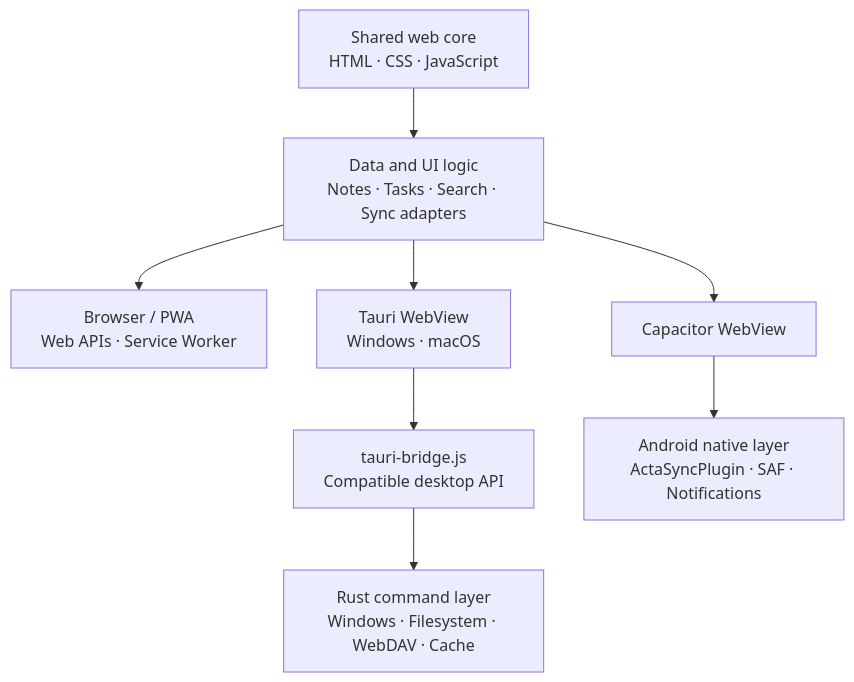
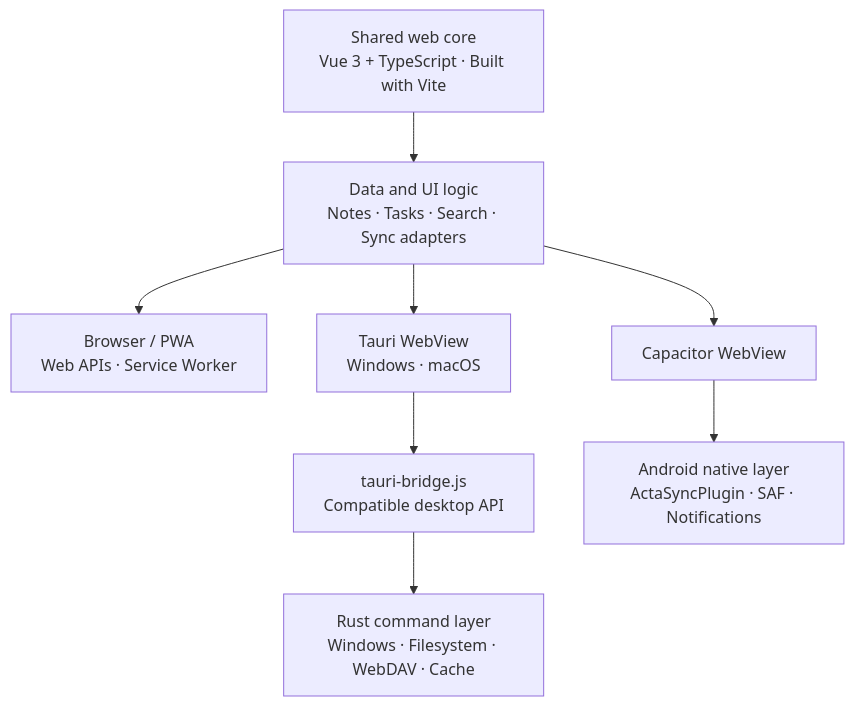
One commit to MogroWang/Acta changed the diagram in README_EN.md. Above: the diagram before and after it, drawn with Mermaid. The commit also changed other lines of this file and 49 other files, not shown here.

First line of the commit message:
feat(v3.1.0): 引入 Vite 8 + Vue 3 + TypeScript 构建管线

````diff
--- a/README_EN.md
+++ b/README_EN.md
@@ -63,16 +69,16 @@
 ```mermaid
 flowchart TB
-    Core["Shared web core<br/>HTML · CSS · JavaScript"]
+    Core["Shared web core<br/>Vue 3 + TypeScript · Built with Vite"]
     Model["Data and UI logic<br/>Notes · Tasks · Search · Sync adapters"]
     PWA["Browser / PWA<br/>Web APIs · Service Worker"]
     Tauri["Tauri WebView<br/>Windows · macOS"]
     Bridge["tauri-bridge.js<br/>Compatible desktop API"]
     Rust["Rust command layer<br/>Windows · Filesystem · WebDAV · Cache"]
     Android["Capacitor WebView"]
     Native["Android native layer<br/>ActaSyncPlugin · SAF · Notifications"]
 
     Core --> Model
     Model --> PWA
     Model --> Tauri --> Bridge --> Rust
     Model --> Android --> Native
 ```
````
